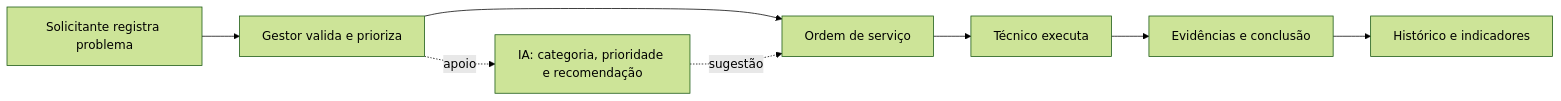
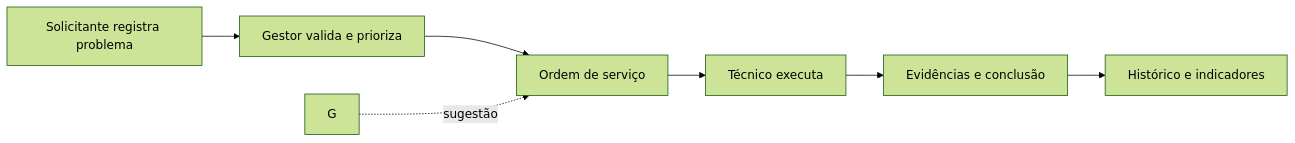
One commit to Fixa-Inter/.github changed the first of 2 diagrams in README.md. Above: the diagram before and after it, drawn with Mermaid (forest theme). The commit also changed other lines of this file, not shown here.

````diff
--- a/README.md
+++ b/README.md
@@ -47,10 +47,9 @@
 ```mermaid
 flowchart LR
     A[Solicitante registra problema] --> B[Gestor valida e prioriza]
     B --> C[Ordem de serviço]
     C --> D[Técnico executa]
     D --> E[Evidências e conclusão]
     E --> F[Histórico e indicadores]
-    B -. apoio .-> G[IA: categoria, prioridade e recomendação]
     G -. sugestão .-> C
 ```
````
